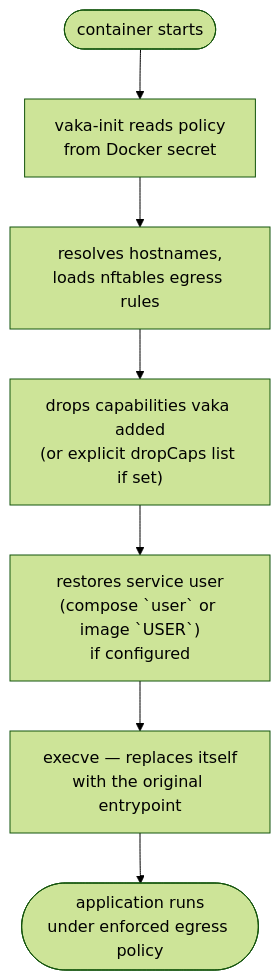
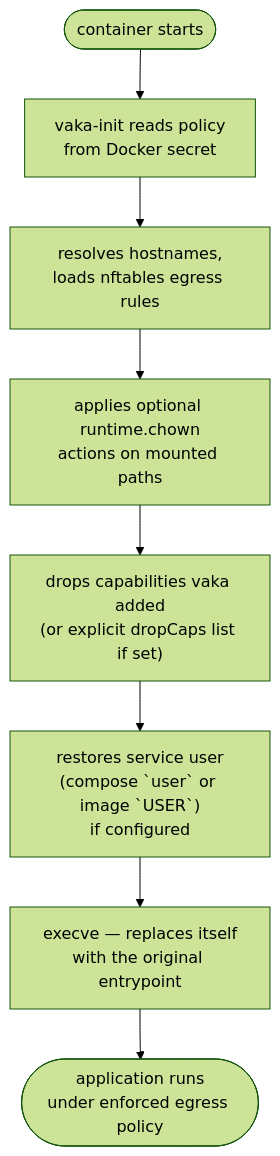
The second of 2 diagrams in README.md (infrasecture/vaka), drawn with Mermaid (forest theme) before and after one commit. The commit also changed other lines of this file and 6 other files, not shown here.

Commit message:
Add runtime.chown ownership fixes in vaka-init

````diff
--- a/README.md
+++ b/README.md
@@ -53,9 +53,10 @@
 ```mermaid
 flowchart TB
     s(["container starts"]) --> i["vaka-init reads policy<br/>from Docker secret"]
     i --> f["resolves hostnames,<br/>loads nftables egress rules"]
-    f --> d["drops capabilities vaka added<br/>(or explicit dropCaps list if set)"]
+    f --> c["applies optional runtime.chown<br/>actions on mounted paths"]
+    c --> d["drops capabilities vaka added<br/>(or explicit dropCaps list if set)"]
     d --> u["restores service user<br/>(compose `user` or image `USER`)<br/>if configured"]
     u --> e["execve — replaces itself<br/>with the original entrypoint"]
     e --> a(["application runs<br/>under enforced egress policy"])
 ```
````
